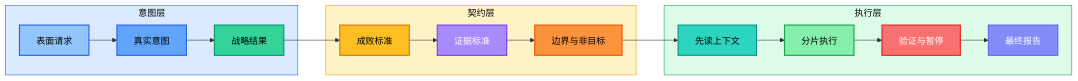
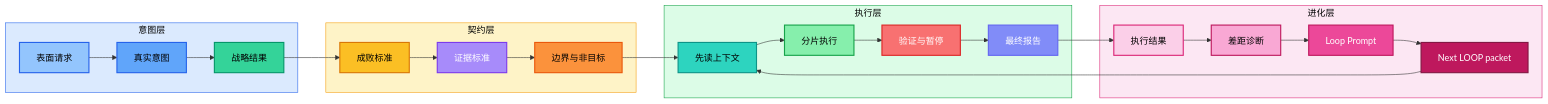
One commit to KimYx0207/GoalPro changed the first of 3 diagrams in README.md. Above: the diagram before and after it, drawn with Mermaid. The commit also changed other lines of this file and 8 other files, not shown here.

````diff
--- a/README.md
+++ b/README.md
@@ -39,34 +54,47 @@
 ```mermaid
 flowchart LR
     subgraph intent["意图层"]
         A["表面请求"] --> B["真实意图"]
         B --> C["战略结果"]
     end
 
     subgraph contract["契约层"]
         C --> D["成败标准"]
         D --> E["证据标准"]
         E --> F["边界与非目标"]
     end
 
     subgraph execution["执行层"]
         F --> G["先读上下文"]
         G --> H["分片执行"]
         H --> I["验证与暂停"]
         I --> J["最终报告"]
     end
 
+    subgraph loop["进化层"]
+        J --> K["执行结果"]
+        K --> L["差距诊断"]
+        L --> M["Loop Prompt"]
+        M --> N["Next LOOP packet"]
+        N --> G
+    end
+
     style intent fill:#dbeafe,stroke:#2563eb,color:#000
     style contract fill:#fef3c7,stroke:#f59e0b,color:#000
     style execution fill:#dcfce7,stroke:#16a34a,color:#000
+    style loop fill:#fce7f3,stroke:#db2777,color:#000
     style A fill:#93c5fd,stroke:#2563eb,color:#000,stroke-width:2px
     style B fill:#60a5fa,stroke:#2563eb,color:#000,stroke-width:2px
     style C fill:#34d399,stroke:#059669,color:#000,stroke-width:2px
     style D fill:#fbbf24,stroke:#d97706,color:#000,stroke-width:2px
     style E fill:#a78bfa,stroke:#7c3aed,color:#fff,stroke-width:2px
     style F fill:#fb923c,stroke:#ea580c,color:#000,stroke-width:2px
     style G fill:#2dd4bf,stroke:#0d9488,color:#000,stroke-width:2px
     style H fill:#86efac,stroke:#16a34a,color:#000,stroke-width:2px
     style I fill:#f87171,stroke:#dc2626,color:#fff,stroke-width:2px
     style J fill:#818cf8,stroke:#6366f1,color:#fff,stroke-width:2px
+    style K fill:#fbcfe8,stroke:#db2777,color:#000,stroke-width:2px
+    style L fill:#f9a8d4,stroke:#be185d,color:#000,stroke-width:2px
+    style M fill:#ec4899,stroke:#be185d,color:#fff,stroke-width:2px
+    style N fill:#be185d,stroke:#831843,color:#fff,stroke-width:2px
 ```
````
